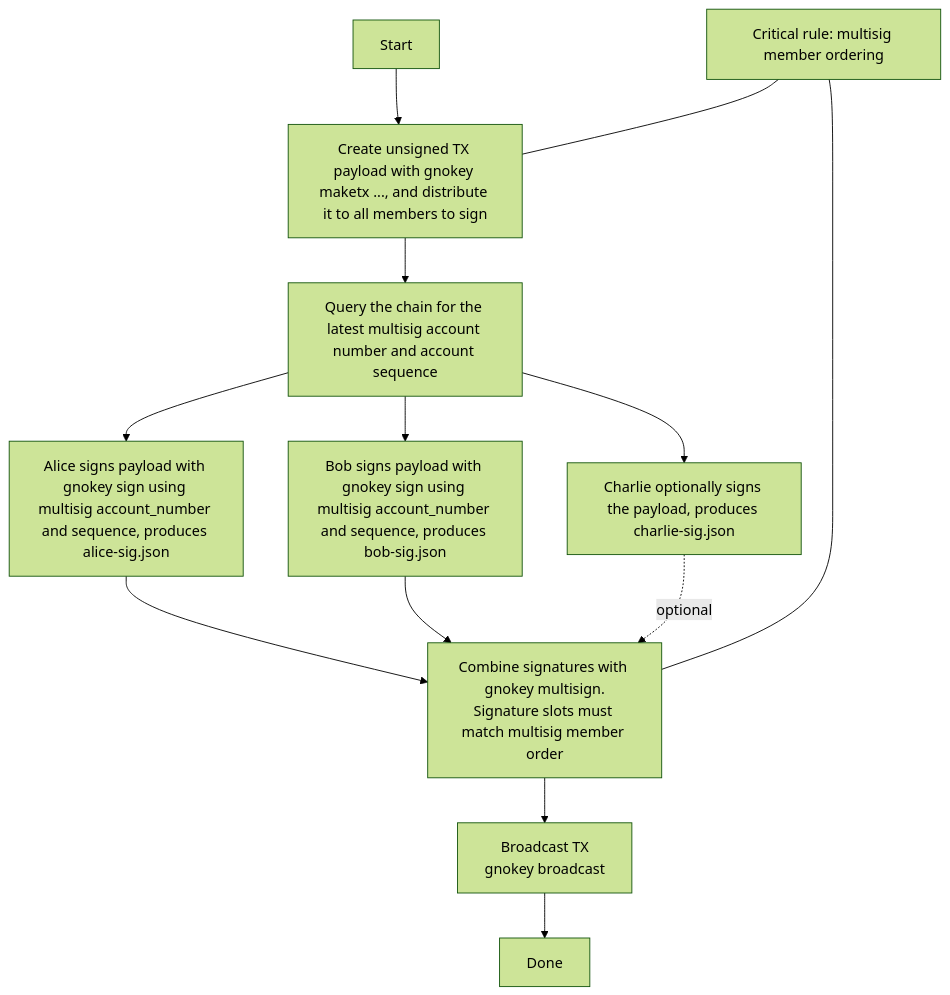
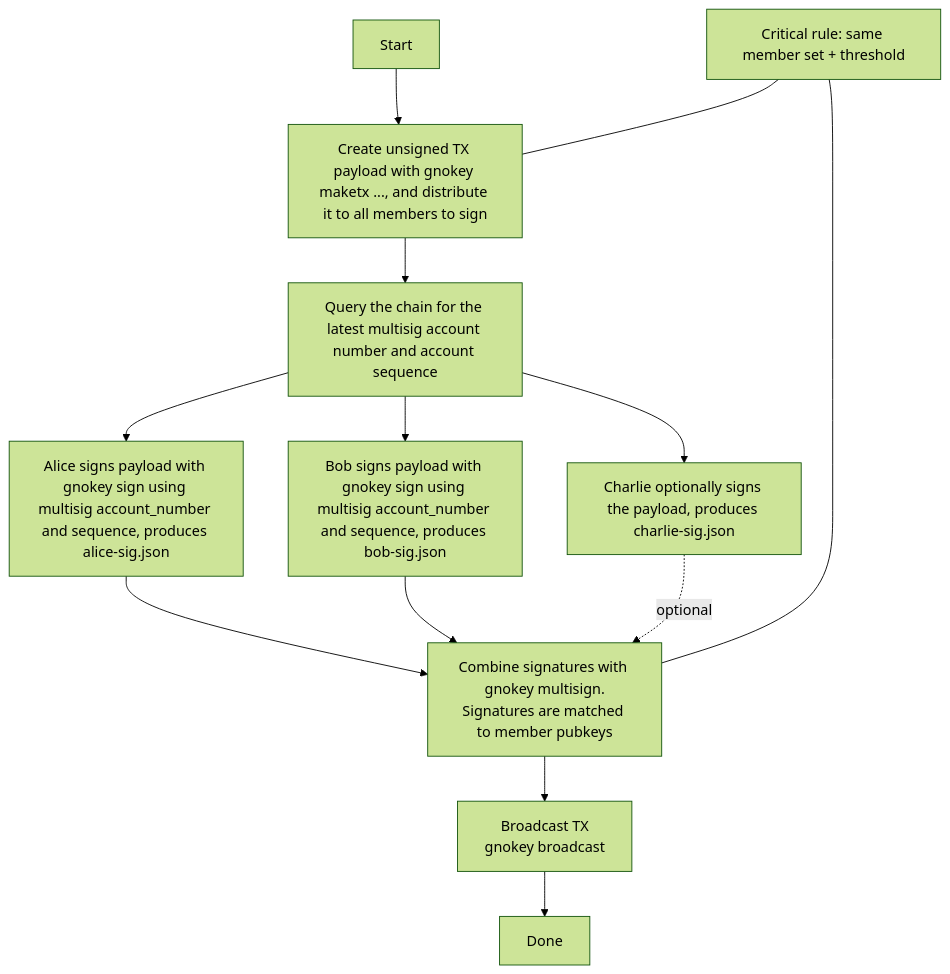
Before and after one commit to gnolang/gno: the diagram in docs/users/interact-with-gnokey.md, drawn with Mermaid (forest theme). The commit also changed other lines of this file, not shown here.

Commit message:
chore: multisig member order doesn't matter

````diff
--- a/docs/users/interact-with-gnokey.md
+++ b/docs/users/interact-with-gnokey.md
@@ -866,16 +860,16 @@
 ```mermaid
 flowchart TD
   A[Start] --> B[Create unsigned TX payload with gnokey maketx ..., and distribute it to all members to sign]
   B --> C[Query the chain for the latest multisig account number and account sequence]
   C --> D1[Alice signs payload with gnokey sign using multisig account_number and sequence, produces <br/>alice-sig.json]
   C --> D2[Bob signs payload with gnokey sign using multisig account_number and sequence, produces <br/>bob-sig.json]
   C --> D3[Charlie optionally signs the payload, produces <br/>charlie-sig.json]
-  D1 --> E[Combine signatures with gnokey multisign.<br/>Signature slots must match multisig member order]
+  D1 --> E[Combine signatures with gnokey multisign.<br/>Signatures are matched to member pubkeys]
   D2 --> E
   D3 -. optional .-> E
   E --> F[Broadcast TX<br/>gnokey broadcast]
   F --> G[Done]
 
-  H[Critical rule: multisig member ordering] --- B
+  H[Critical rule: same member set + threshold] --- B
   H --- E
 ```
````
